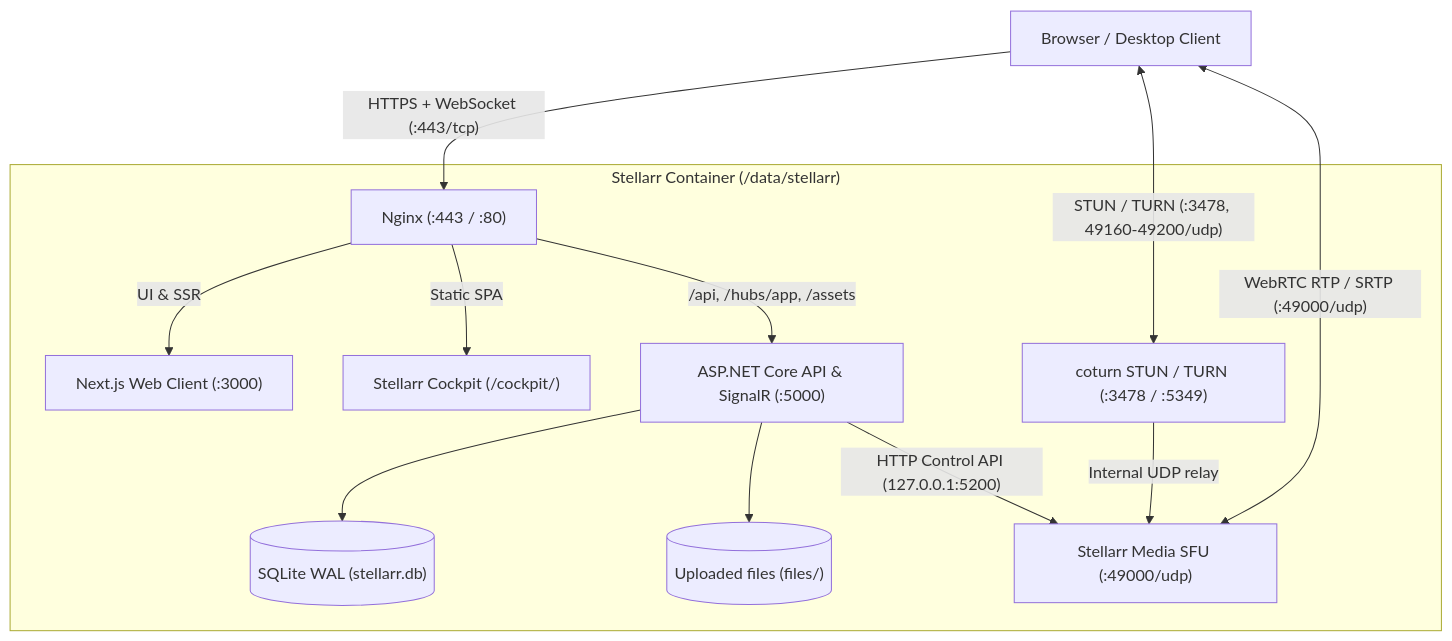
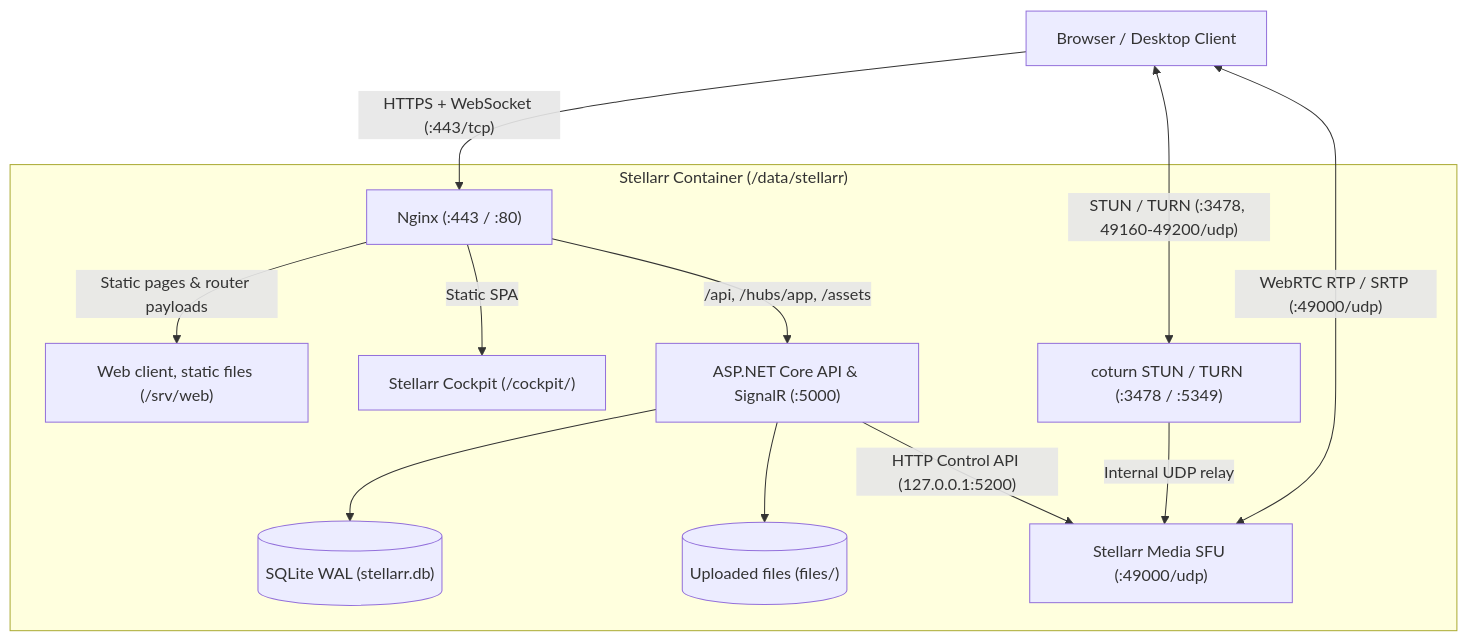
Before and after one commit to Arkazzae/Stellar: the diagram in docs/architecture.md, drawn with Mermaid. The commit also changed other lines of this file and 6 other files, not shown here.

First line of the commit message:
docs: describe the static web client and how its language is chosen

````diff
--- a/docs/architecture.md
+++ b/docs/architecture.md
@@ -9,27 +9,27 @@
 ```mermaid
 flowchart TD
     Browser["Browser / Desktop Client"]
 
     subgraph Container["Stellarr Container (/data/stellarr)"]
         Nginx["Nginx (:443 / :80)"]
-        Web["Next.js Web Client (:3000)"]
+        Web["Web client, static files (/srv/web)"]
         Cockpit["Stellarr Cockpit (/cockpit/)"]
         Api["ASP.NET Core API & SignalR (:5000)"]
         Sqlite[("SQLite WAL (stellarr.db)")]
         Files[("Uploaded files (files/)")]
         Coturn["coturn STUN / TURN (:3478 / :5349)"]
         Media["Stellarr Media SFU (:49000/udp)"]
 
-        Nginx -->|"UI & SSR"| Web
+        Nginx -->|"Static pages & router payloads"| Web
         Nginx -->|"Static SPA"| Cockpit
         Nginx -->|"/api, /hubs/app, /assets"| Api
         Api --> Sqlite
         Api --> Files
         Api -->|"HTTP Control API (127.0.0.1:5200)"| Media
         Coturn -->|"Internal UDP relay"| Media
     end
 
     Browser -->|"HTTPS + WebSocket (:443/tcp)"| Nginx
     Browser <-->|"STUN / TURN (:3478, 49160-49200/udp)"| Coturn
     Browser <-->|"WebRTC RTP / SRTP (:49000/udp)"| Media
 ```
````
